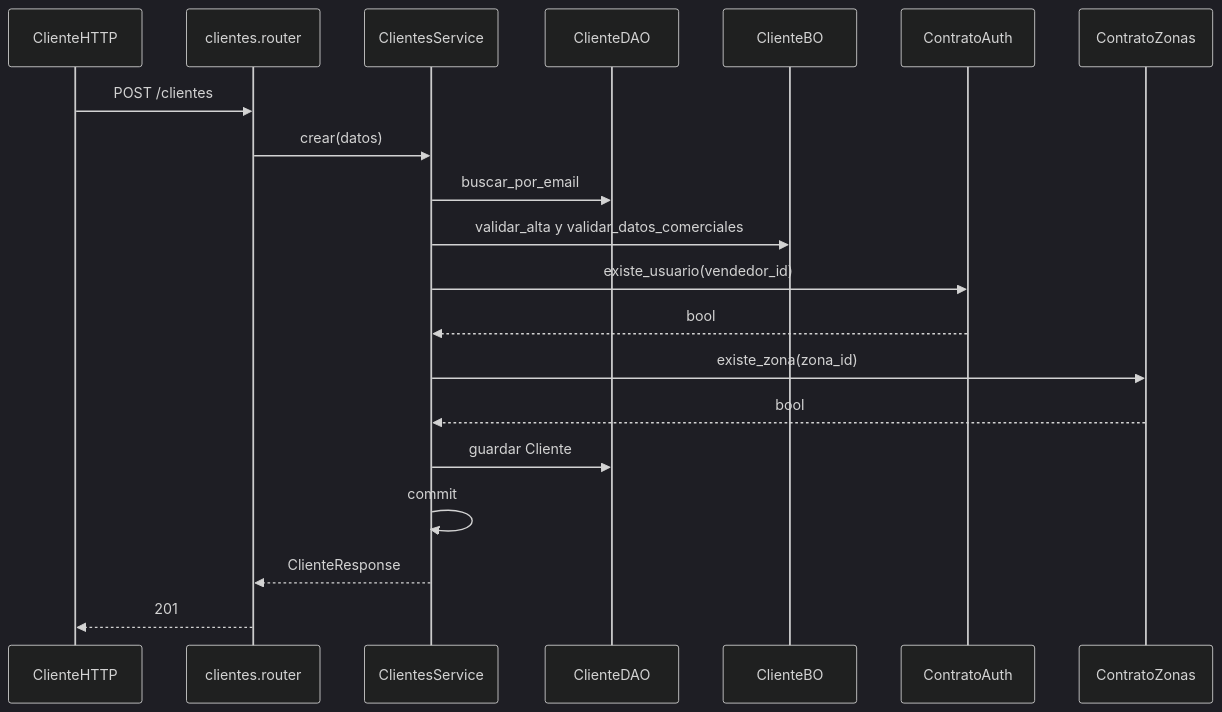
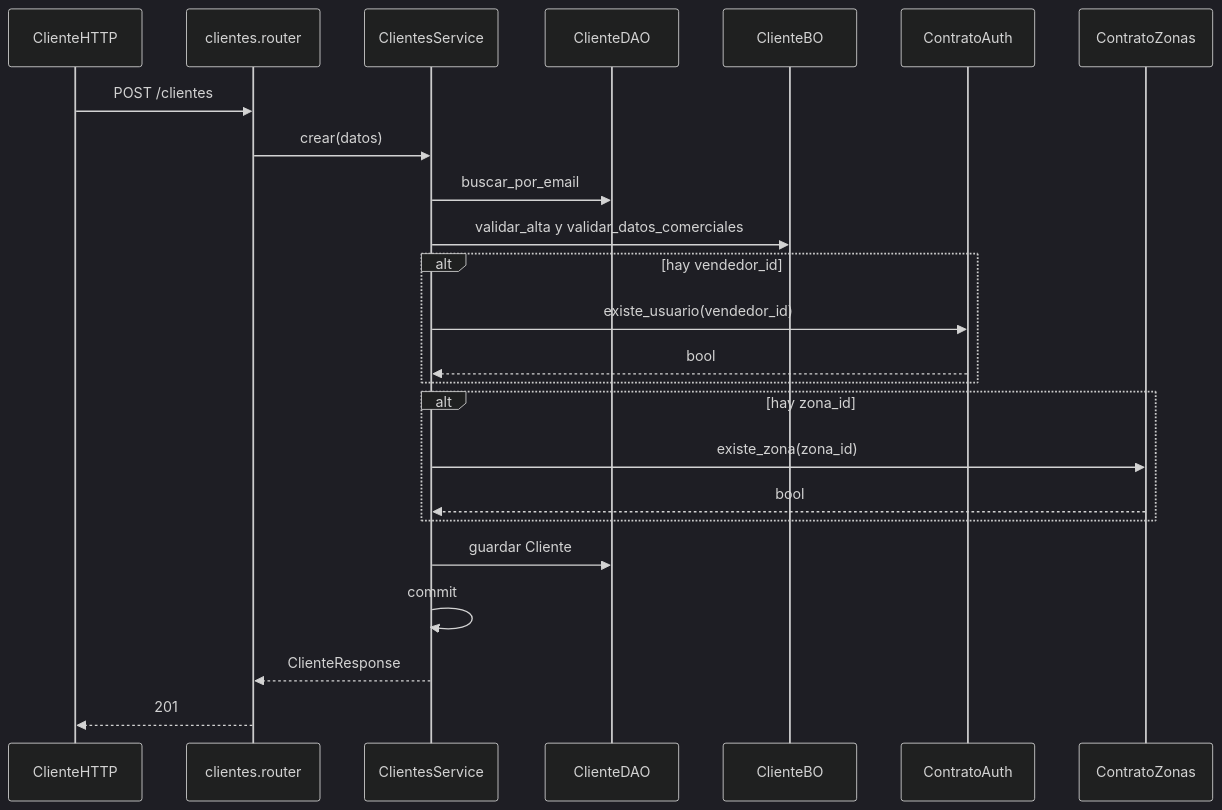
The diagram in docs/diagramas/clientes.md (estsan3/ventas360-api), drawn with Mermaid (dark theme) before and after one commit. The commit also changed other lines of this file and 21 other files, not shown here.

First line of the commit message:
docs: diagramas de secuencia por módulo (sync 2026-09-23)

````diff
--- a/docs/diagramas/clientes.md
+++ b/docs/diagramas/clientes.md
@@ -8,23 +8,27 @@
 ```mermaid
 sequenceDiagram
     participant ClienteHTTP
     participant Router as clientes.router
     participant Service as ClientesService
     participant DAO as ClienteDAO
     participant BO as ClienteBO
     participant Auth as ContratoAuth
     participant Zonas as ContratoZonas
 
     ClienteHTTP->>Router: POST /clientes
     Router->>Service: crear(datos)
     Service->>DAO: buscar_por_email
     Service->>BO: validar_alta y validar_datos_comerciales
-    Service->>Auth: existe_usuario(vendedor_id)
-    Auth-->>Service: bool
-    Service->>Zonas: existe_zona(zona_id)
-    Zonas-->>Service: bool
+    alt hay vendedor_id
+        Service->>Auth: existe_usuario(vendedor_id)
+        Auth-->>Service: bool
+    end
+    alt hay zona_id
+        Service->>Zonas: existe_zona(zona_id)
+        Zonas-->>Service: bool
+    end
     Service->>DAO: guardar Cliente
     Service->>Service: commit
     Service-->>Router: ClienteResponse
     Router-->>ClienteHTTP: 201
 ```
````
